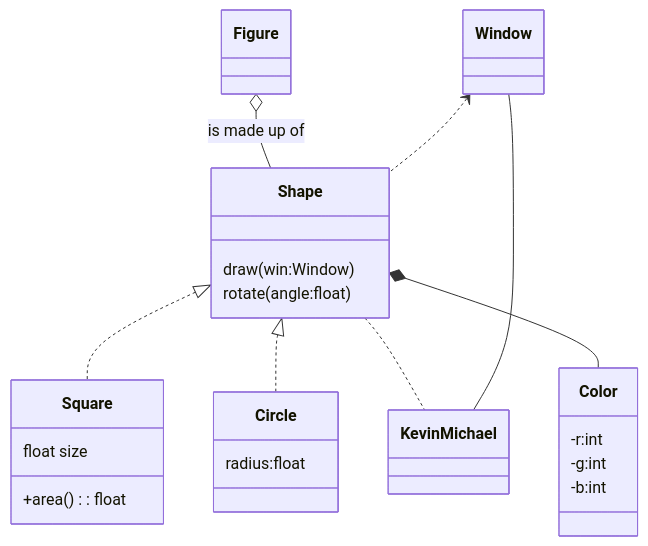
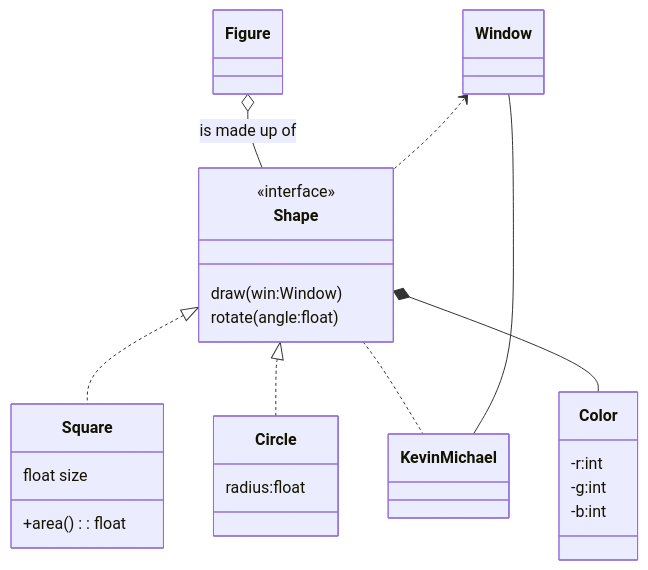
The diagram in class_diagram.md (KenPowerClassroom/encapsulationgame-KevinMichael4441), drawn with Mermaid before and after one commit.

Commit message:
Update class_diagram.md
Final class_diagram

````diff
--- a/class_diagram.md
+++ b/class_diagram.md
@@ -1,46 +1,46 @@
 ```mermaid
 classDiagram
   class Shape {
-
+    <<interface>>
     draw(win:Window)
     rotate(angle:float)
   }
 
     class Square {
     float size
 
     +area() : float
   }
 
   class Circle {
     radius:float
   }
   class Figure{
 
   }
 
   class KevinMichael{
 
   }
 
   class Color{
     -r:int
     -g:int
     -b:int
   }
 
 
   class Window{
 
   }
 
 
   Shape <|.. Square
   Shape <|.. Circle
   Figure o-- Shape : is made up of
   Shape .. KevinMichael
   Window -- KevinMichael
   Shape *-- Color
   Window <.. Shape
 
 ```
````
